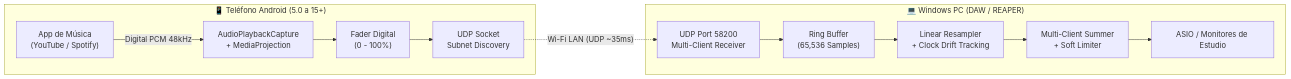
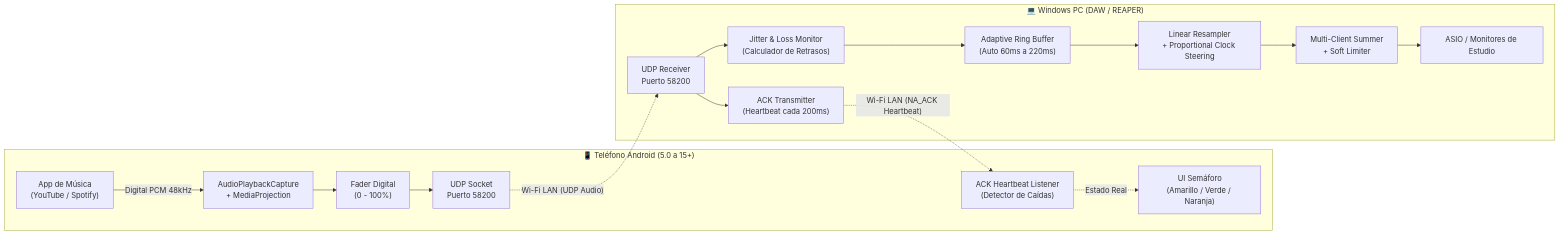
One commit to llromerorr/VST-without-bluetooth changed the diagram in README.md. Above: the diagram before and after it, drawn with Mermaid. The commit also changed other lines of this file and 9 other files, not shown here.

Commit message:
feat: WOB 4.0 - Autonomous adaptive buffer (60-220ms), two-way handshake, real connection status, and 2.4GHz stability

````diff
--- a/README.md
+++ b/README.md
@@ -76,17 +82,21 @@
 ```mermaid
 flowchart LR
     subgraph Android["📱 Teléfono Android (5.0 a 15+)"]
         App["App de Música\n(YouTube / Spotify)"] -->|"Digital PCM 48kHz"| APC["AudioPlaybackCapture\n+ MediaProjection"]
         APC --> Fader["Fader Digital\n(0 - 100%)"]
-        Fader --> UDP_Send["UDP Socket\nSubnet Discovery"]
+        Fader --> UDP_Send["UDP Socket\nPuerto 58200"]
+        ACK_Recv["ACK Heartbeat Listener\n(Detector de Caídas)"] -. "Estado Real" .-> UI["UI Semáforo\n(Amarillo / Verde / Naranja)"]
     end
 
-    UDP_Send -. "Wi-Fi LAN (UDP ~35ms)" .-> UDP_Recv
+    UDP_Send -. "Wi-Fi LAN (UDP Audio)" .-> UDP_Recv
+    ACK_Send -. "Wi-Fi LAN (NA_ACK Heartbeat)" .-> ACK_Recv
 
     subgraph PC["💻 Windows PC (DAW / REAPER)"]
-        UDP_Recv["UDP Port 58200\nMulti-Client Receiver"] --> Ring["Ring Buffer\n(65,536 Samples)"]
-        Ring --> Resampler["Linear Resampler\n+ Clock Drift Tracking"]
+        UDP_Recv["UDP Receiver\nPuerto 58200"] --> JitterDetect["Jitter & Loss Monitor\n(Calculador de Retrasos)"]
+        JitterDetect --> AdaptBuf["Adaptive Ring Buffer\n(Auto 60ms a 220ms)"]
+        AdaptBuf --> Resampler["Linear Resampler\n+ Proportional Clock Steering"]
         Resampler --> Mixer["Multi-Client Summer\n+ Soft Limiter"]
         Mixer --> AudioOut["ASIO / Monitores de Estudio"]
+        UDP_Recv --> ACK_Send["ACK Transmitter\n(Heartbeat cada 200ms)"]
     end
 ```
````
